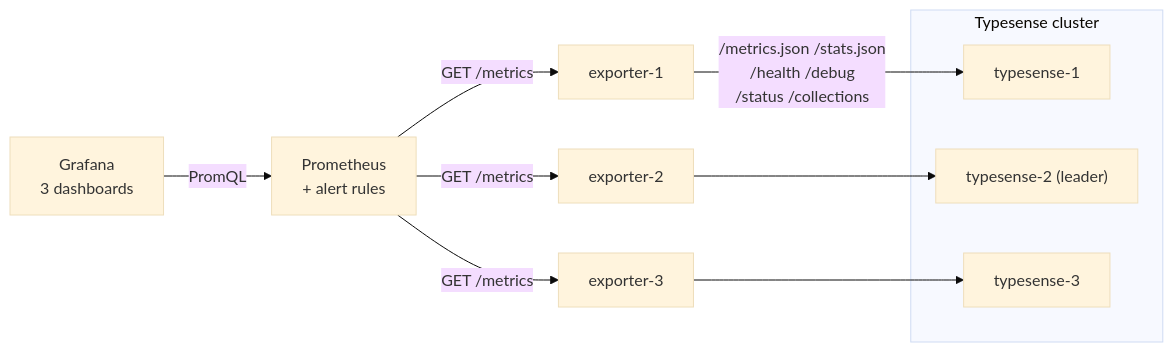
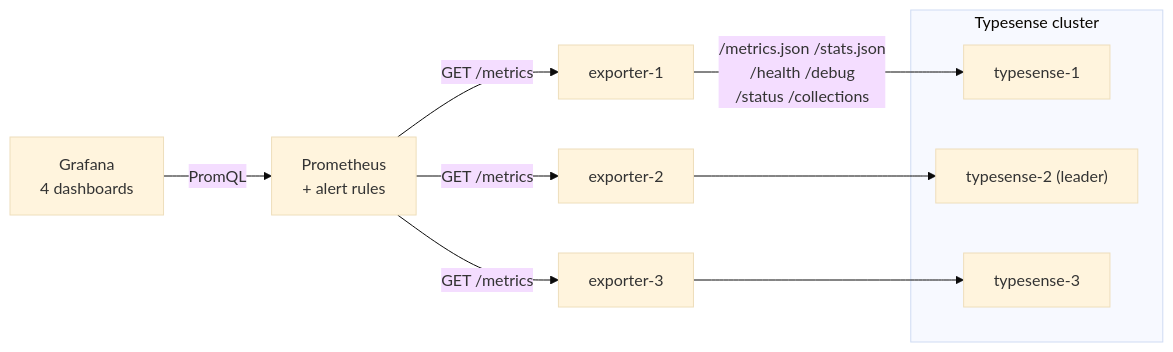
The first of 3 diagrams in docs/architecture.md (imatefx/typesense-prometheus-exporter), drawn with Mermaid (base theme) before and after one commit.

Commit message:
docs: architecture diagram shows four dashboards

````diff
--- a/docs/architecture.md
+++ b/docs/architecture.md
@@ -7,13 +7,13 @@
 ```mermaid
 flowchart LR
     subgraph cluster["Typesense cluster"]
         T1["typesense-1"]
         T2["typesense-2 (leader)"]
         T3["typesense-3"]
     end
     E1["exporter-1"] -->|"/metrics.json /stats.json<br/>/health /debug<br/>/status /collections"| T1
     E2["exporter-2"] --> T2
     E3["exporter-3"] --> T3
     P["Prometheus<br/>+ alert rules"] -->|"GET /metrics"| E1 & E2 & E3
-    G["Grafana<br/>3 dashboards"] -->|PromQL| P
+    G["Grafana<br/>4 dashboards"] -->|PromQL| P
 ```
````
